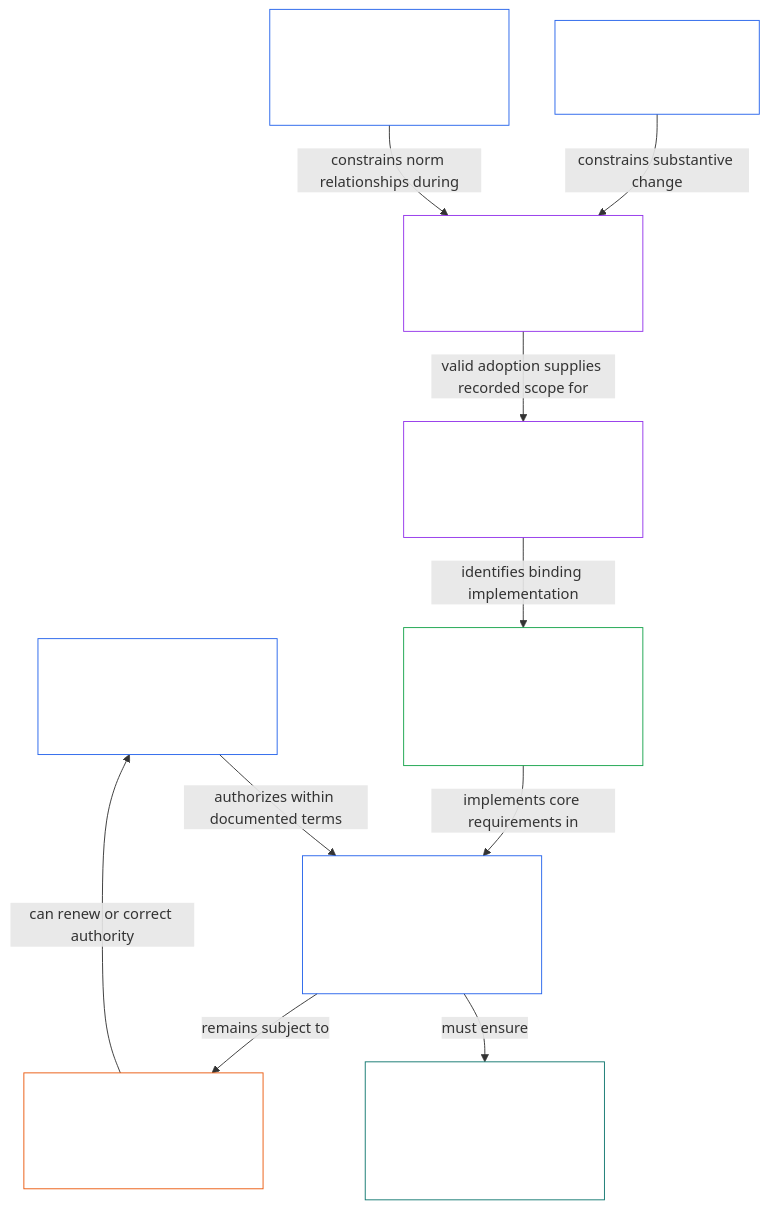
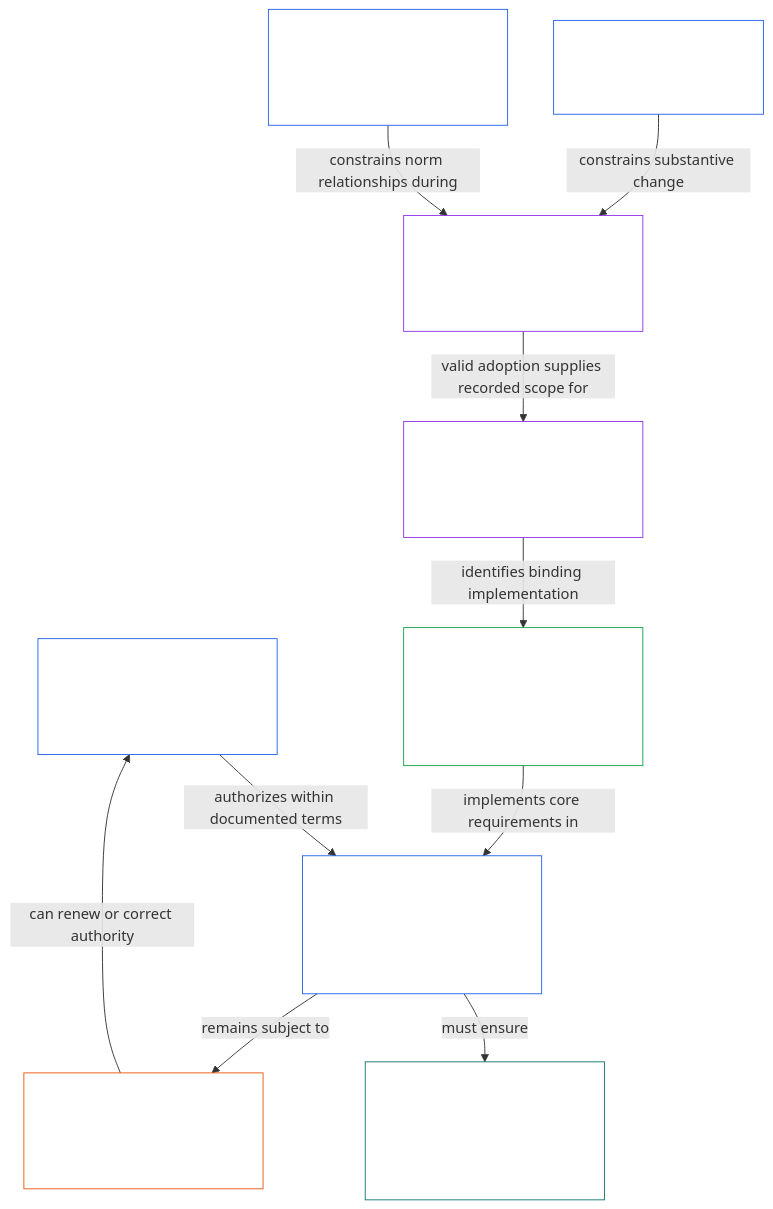
One commit to kfoelsch/Sentient_Constitution changed diagram 21 of 24 in guides/CONCEPTUAL_OVERVIEW.md. Above: the diagram before and after it, drawn with Mermaid. The commit also changed other lines of this file and 638 other files, not shown here.

First line of the commit message:
Core reorganization: Constitutional Map and Independent Bodies chapters, Chapter Three subcore, section 2 everywhere, renumbering to thirty chapters (move 823)

````diff
--- a/guides/CONCEPTUAL_OVERVIEW.md
+++ b/guides/CONCEPTUAL_OVERVIEW.md
@@ -1069,30 +1069,30 @@
 ```mermaid
 flowchart TB
-    A["Chapter Twenty-Seven<br/><br/>Documented legitimacy mechanism"]
+    A["Chapter Twenty-Six<br/><br/>Documented legitimacy mechanism"]
     G["Authorized governing roles<br/><br/>Stated scope, limits and competent stewards"]
     P["Participation inside authorized systems<br/><br/>Voice and challenge paths for affected sentients"]
     R["Contestation, correction<br/><br/>and reauthorization where applicable"]
-    N["Chapter Twenty-Eight<br/><br/>Non-regression"]
-    U["Chapter Twenty-Nine<br/><br/>Amendment, ratification and adoption procedures"]
-    H["Chapter Thirty<br/><br/>Supremacy within scope and external-law relations"]
-    B["Chapter Thirty-One<br/><br/>Incorporation, edition and custody"]
+    N["Chapter Twenty-Seven<br/><br/>Non-regression"]
+    U["Chapter Twenty-Eight<br/><br/>Amendment, ratification and adoption procedures"]
+    H["Chapter Twenty-Nine<br/><br/>Supremacy within scope and external-law relations"]
+    B["Chapter Thirty<br/><br/>Incorporation, edition and custody"]
     I["Adopted implementation obligations<br/><br/>Systems · Institutions · Forums · Joint structure"]
     A -->|authorizes within documented terms| G
     G -->|must ensure| P
     G -->|remains subject to| R
     R -->|can renew or correct authority| A
     N -->|constrains substantive change| U
     H -->|constrains norm relationships during| U
     U -->|valid adoption supplies recorded scope for| B
     B -->|identifies binding implementation| I
     I -->|implements core requirements in| G
     style A fill:none,stroke:#2563eb,color:#ffffff
     style G fill:none,stroke:#2563eb,color:#ffffff
     style P fill:none,stroke:#0f766e,color:#ffffff
     style R fill:none,stroke:#ea580c,color:#ffffff
     style N fill:none,stroke:#2563eb,color:#ffffff
     style H fill:none,stroke:#2563eb,color:#ffffff
     style U fill:none,stroke:#9333ea,color:#ffffff
     style B fill:none,stroke:#9333ea,color:#ffffff
     style I fill:none,stroke:#16a34a,color:#ffffff
 ```
````
